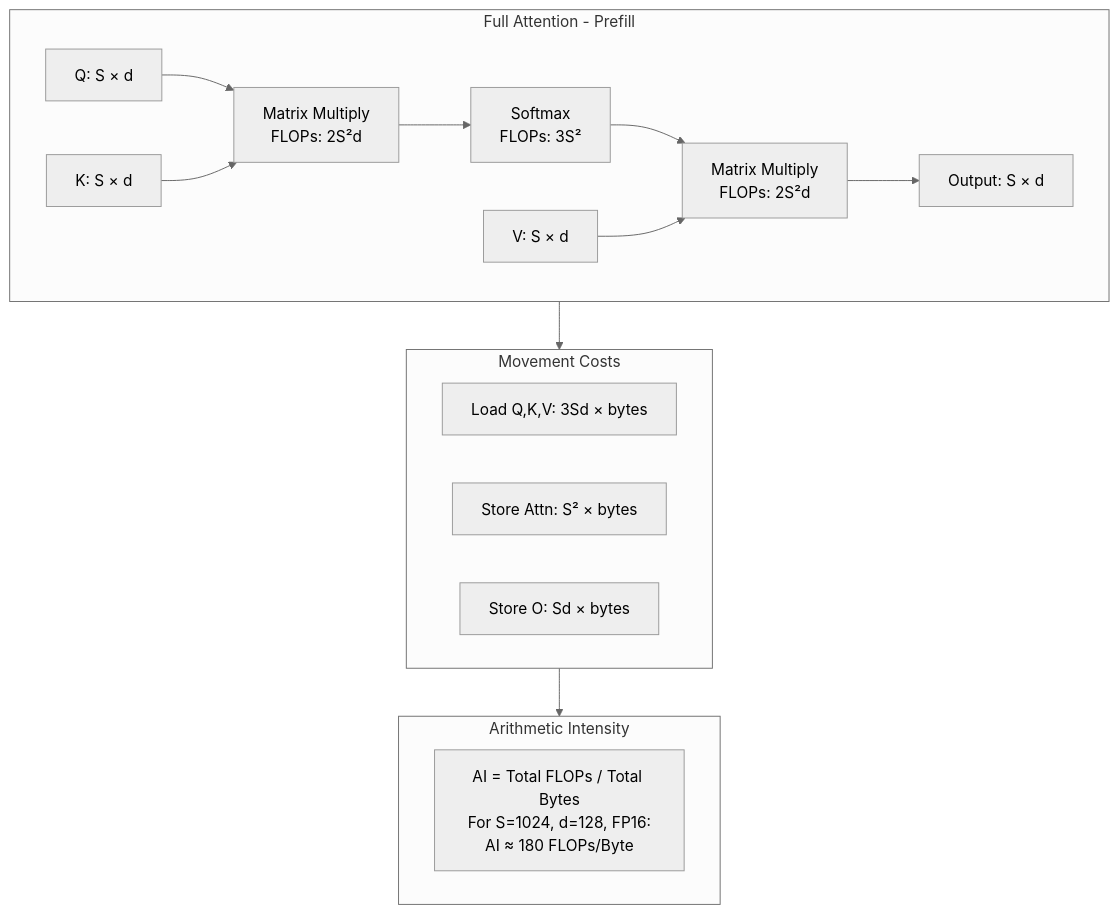
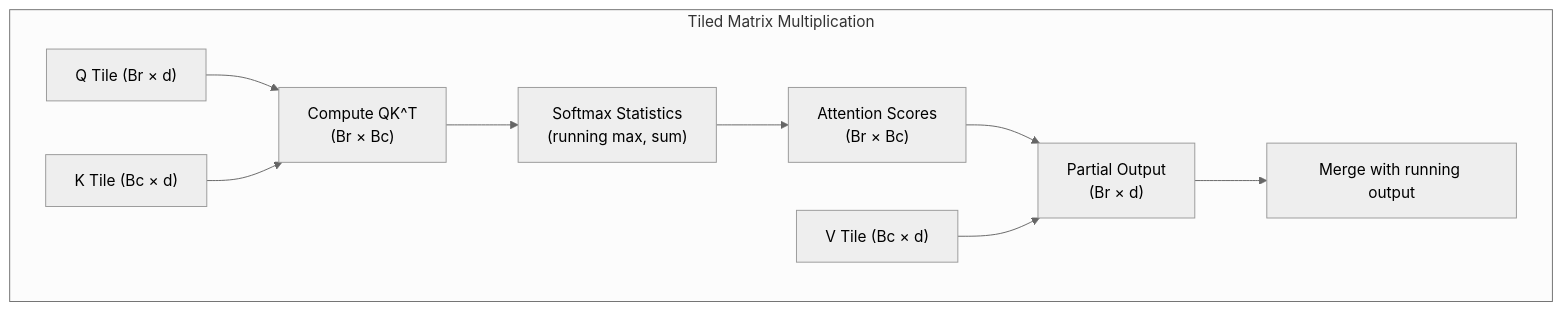
Diagram 14 of 37 in lab0.2/README.md (Shahriarin2garden/vllm_from_scratch), drawn with Mermaid (neutral theme) before and after one commit. The commit also changed other lines of this file and 3 other files, not shown here.

````diff
--- a/lab0.2/README.md
+++ b/lab0.2/README.md
@@ -342,31 +440,15 @@
 ```mermaid
-flowchart TD
-    subgraph FullAttention["Full Attention - Prefill"]
-        Q["Q: S × d"]
-        K["K: S × d"]
-
-        Q --> MM1["Matrix Multiply<br/>FLOPs: 2S²d"]
-        K --> MM1
-
-        MM1 --> SM["Softmax<br/>FLOPs: 3S²"]
-        SM --> MM2["Matrix Multiply<br/>FLOPs: 2S²d"]
-
-        V["V: S × d"] --> MM2
-        MM2 --> O["Output: S × d"]
+graph TD
+    subgraph "Tiled Matrix Multiplication"
+        QTile["Q Tile (Br × d)"]
+        KTile["K Tile (Bc × d)"]
+        VTile["V Tile (Bc × d)"]
+        QTile --> QK["Compute QK^T<br/>(Br × Bc)"]
+        KTile --> QK
+        QK --> SM["Softmax Statistics<br/>(running max, sum)"]
+        SM --> Attn["Attention Scores<br/>(Br × Bc)"]
+        Attn --> Out["Partial Output<br/>(Br × d)"]
+        VTile --> Out
+        Out --> Merge["Merge with running output"]
     end
-
-    subgraph Memory["Movement Costs"]
-        M1["Load Q,K,V: 3Sd × bytes"]
-        M2["Store Attn: S² × bytes"]
-        M3["Store O: Sd × bytes"]
-    end
-
-    FullAttention --> Memory
-
-    subgraph ArithIntensity["Arithmetic Intensity"]
-        AI["AI = Total FLOPs / Total Bytes<br/>For S=1024, d=128, FP16:<br/>AI ≈ 180 FLOPs/Byte"]
-    end
-
-    Memory --> ArithIntensity
-
 ```
````
